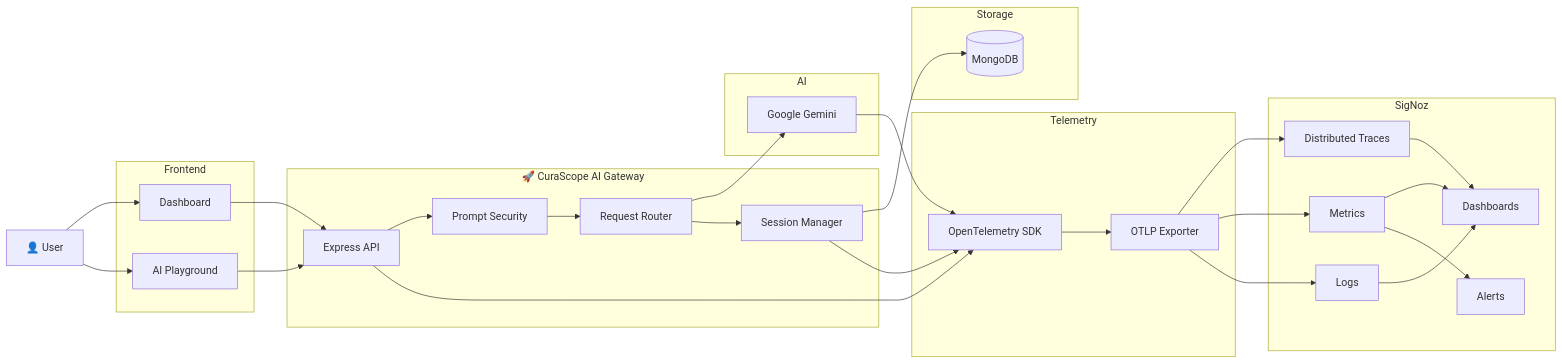
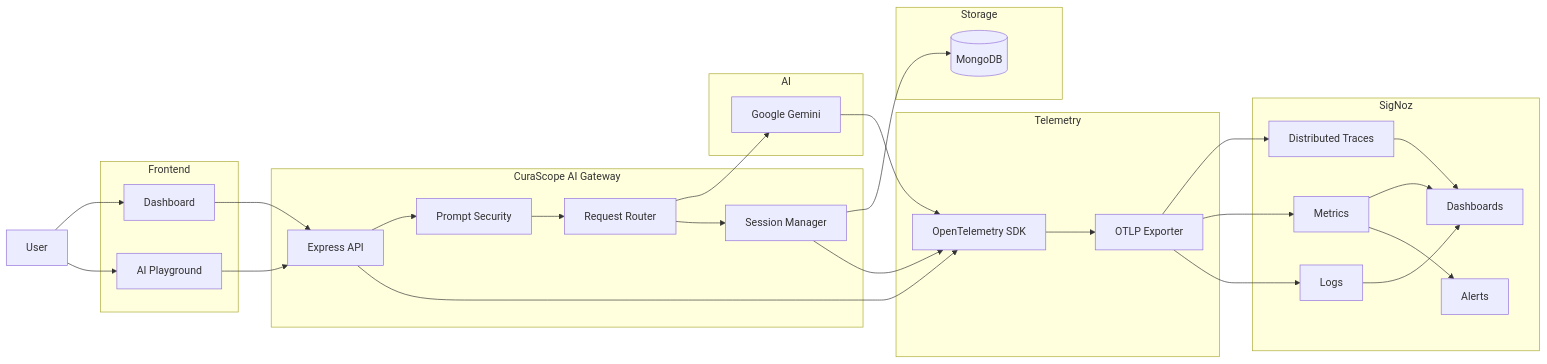
The first of 4 diagrams in README.md (tyagi1tushar/curascope), drawn with Mermaid before and after one commit. The commit also changed other lines of this file, not shown here.

````diff
--- a/README.md
+++ b/README.md
@@ -212,66 +212,66 @@
 ```mermaid
 flowchart LR
 
-    U[👤 User]
+    U[User]
 
     subgraph Frontend
         D[Dashboard]
         C[AI Playground]
     end
 
-    subgraph Gateway["🚀 CuraScope AI Gateway"]
+    subgraph Gateway["CuraScope AI Gateway"]
         API[Express API]
         SEC[Prompt Security]
         ROUTER[Request Router]
         SESSION[Session Manager]
     end
 
     subgraph AI
         GEMINI[Google Gemini]
     end
 
     subgraph Storage
         MONGO[(MongoDB)]
     end
 
     subgraph Telemetry
         OTEL[OpenTelemetry SDK]
         OTLP[OTLP Exporter]
     end
 
     subgraph SigNoz
         TRACE[Distributed Traces]
         METRIC[Metrics]
         LOGS[Logs]
         ALERTS[Alerts]
         DASH[Dashboards]
     end
 
     U --> D
     U --> C
 
     D --> API
     C --> API
 
     API --> SEC
     SEC --> ROUTER
     ROUTER --> GEMINI
 
     ROUTER --> SESSION
     SESSION --> MONGO
 
     API --> OTEL
     GEMINI --> OTEL
     SESSION --> OTEL
 
     OTEL --> OTLP
     OTLP --> TRACE
     OTLP --> METRIC
     OTLP --> LOGS
 
     TRACE --> DASH
     METRIC --> DASH
     LOGS --> DASH
 
     METRIC --> ALERTS
 ```
````
